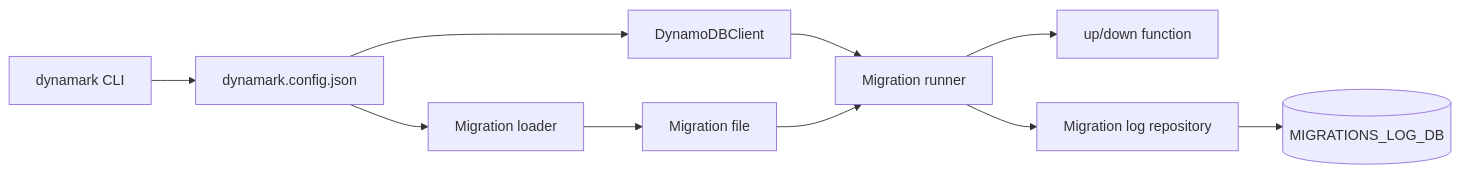
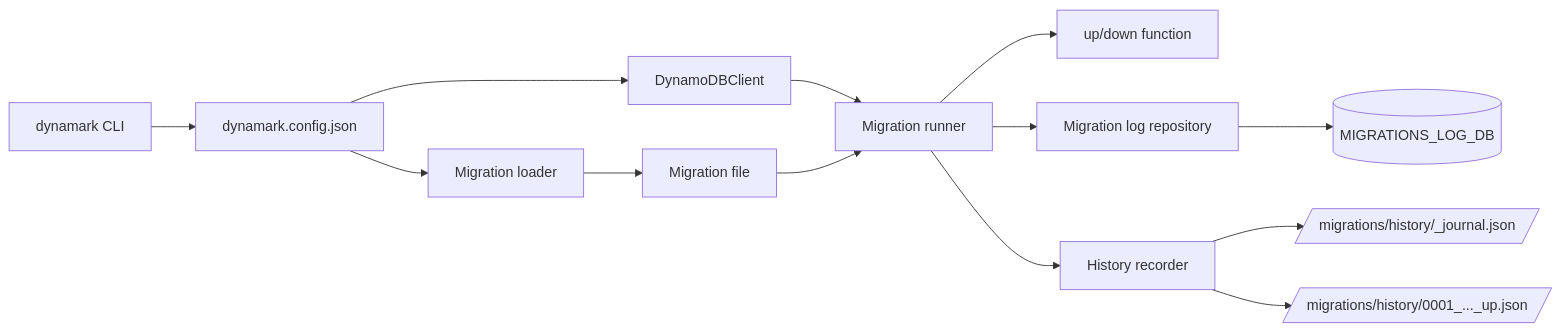
The diagram in README.md (Gizmodlabs/dynamark), drawn with Mermaid before and after one commit. The commit also changed other lines of this file and 22 other files, not shown here.

````diff
--- a/README.md
+++ b/README.md
@@ -148,12 +182,15 @@
 ```mermaid
 flowchart LR
   CLI["dynamark CLI"] --> Config["dynamark.config.json"]
   Config --> Client["DynamoDBClient"]
   Config --> Loader["Migration loader"]
   Loader --> File["Migration file"]
   Client --> Runner["Migration runner"]
   File --> Runner
   Runner --> Migration["up/down function"]
   Runner --> LogRepo["Migration log repository"]
   LogRepo --> LogTable[("MIGRATIONS_LOG_DB")]
+  Runner --> History["History recorder"]
+  History --> Journal[/"migrations/history/_journal.json"/]
+  History --> RunFile[/"migrations/history/0001_..._up.json"/]
 ```
````
